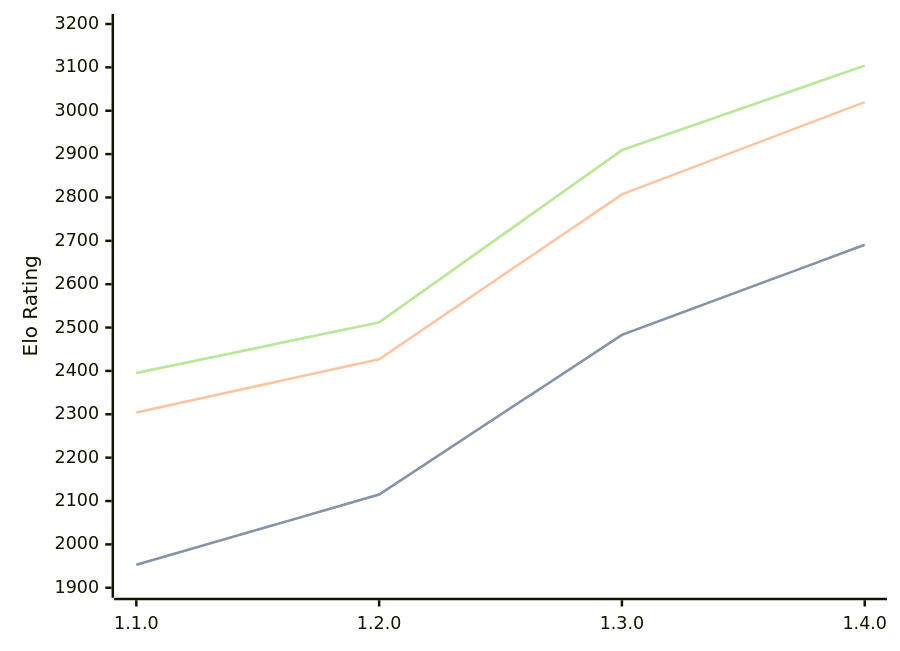
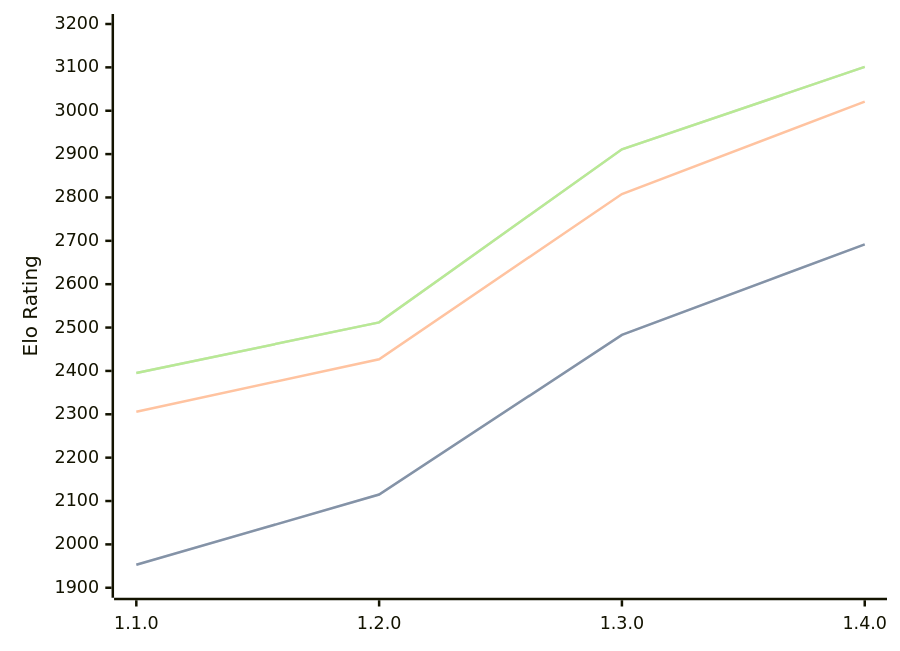
The third of 3 diagrams in engines/Gyatso.md (computer-chess-index/cci), drawn with Mermaid before and after one commit. The commit also changed other lines of this file, not shown here.

Commit message:
Update CCI Ratings (ELO VLTC) - 2026-07-02

````diff
--- a/engines/Gyatso.md
+++ b/engines/Gyatso.md
@@ -68,11 +68,11 @@
 ```mermaid
 %%{init: {"theme":"base","themeVariables":{"seriesColors:['#a3a3a3','#222221','#faa371']}}}%%
 xychart-beta
   x-axis ["1.1.0", "1.2.0", "1.3.0", "1.4.0"]
   y-axis "Elo Rating" 1900 --> 3200
-  line "STC (8.0+0.08s)" [1953, 2115, 2483, 2691]
-  line "STC (8.0+0.08s)" [1953, 2115, 2483, 2691]
-  line "LTC (60.0+0.60s)" [2304, 2427, 2807, 3020]
-  line "VLTC (2m24s+1.12s)" [2395, 2512, 2909, 3104]
-  line "VLTC (2m24s+1.12s)" [2395, 2512, 2909, 3104]
+  line "STC (8.0+0.08s)" [1953, 2115, 2483, 2692]
+  line "STC (8.0+0.08s)" [1953, 2115, 2483, 2692]
+  line "LTC (60.0+0.60s)" [2306, 2427, 2808, 3021]
+  line "VLTC (2m24s+1.12s)" [2395, 2512, 2911, 3101]
+  line "VLTC (2m24s+1.12s)" [2395, 2512, 2911, 3101]
 ```
````
